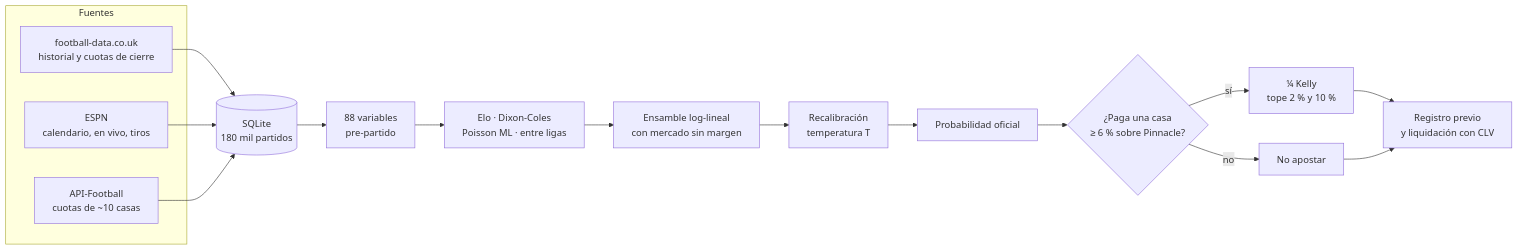
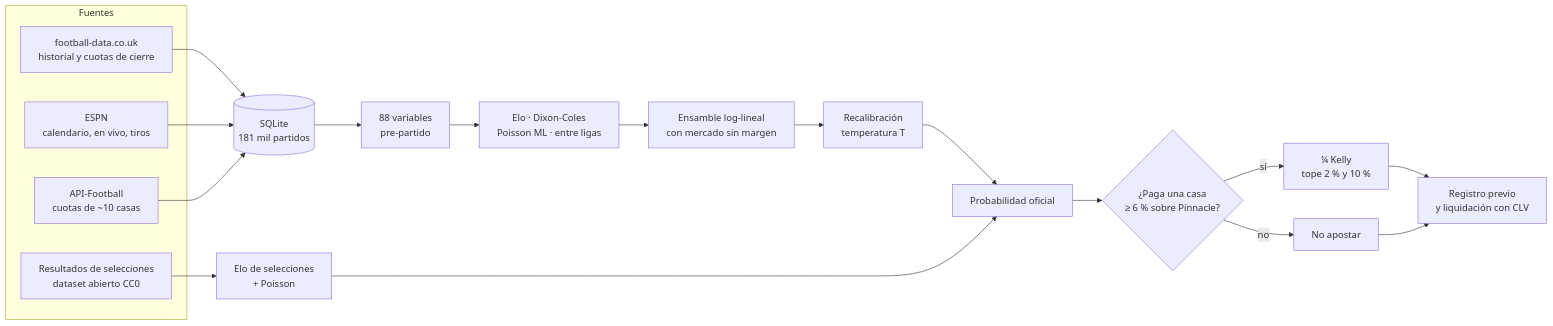
One commit to gustavoespi27/Futbol_ML changed the second of 2 diagrams in README.md. Above: the diagram before and after it, drawn with Mermaid. The commit also changed other lines of this file and 289 other files, not shown here.

````diff
--- a/README.md
+++ b/README.md
@@ -173,21 +247,24 @@
 ```mermaid
 flowchart LR
   subgraph Fuentes
     FD[football-data.co.uk<br/>historial y cuotas de cierre]
     ESPN[ESPN<br/>calendario, en vivo, tiros]
     AF[API-Football<br/>cuotas de ~10 casas]
+    INT[Resultados de selecciones<br/>dataset abierto CC0]
   end
-  FD --> DB[(SQLite<br/>180 mil partidos)]
+  FD --> DB[(SQLite<br/>181 mil partidos)]
   ESPN --> DB
   AF --> DB
+  INT --> SEL[Elo de selecciones<br/>+ Poisson]
   DB --> F[88 variables<br/>pre-partido]
   F --> M[Elo · Dixon-Coles<br/>Poisson ML · entre ligas]
   M --> E[Ensamble log-lineal<br/>con mercado sin margen]
   E --> T[Recalibración<br/>temperatura T]
   T --> P[Probabilidad oficial]
+  SEL --> P
   P --> V{¿Paga una casa<br/>≥ 6 % sobre Pinnacle?}
   V -- sí --> K[¼ Kelly<br/>tope 2 % y 10 %]
   V -- no --> N[No apostar]
   K --> L[Registro previo<br/>y liquidación con CLV]
   N --> L
 ```
````
